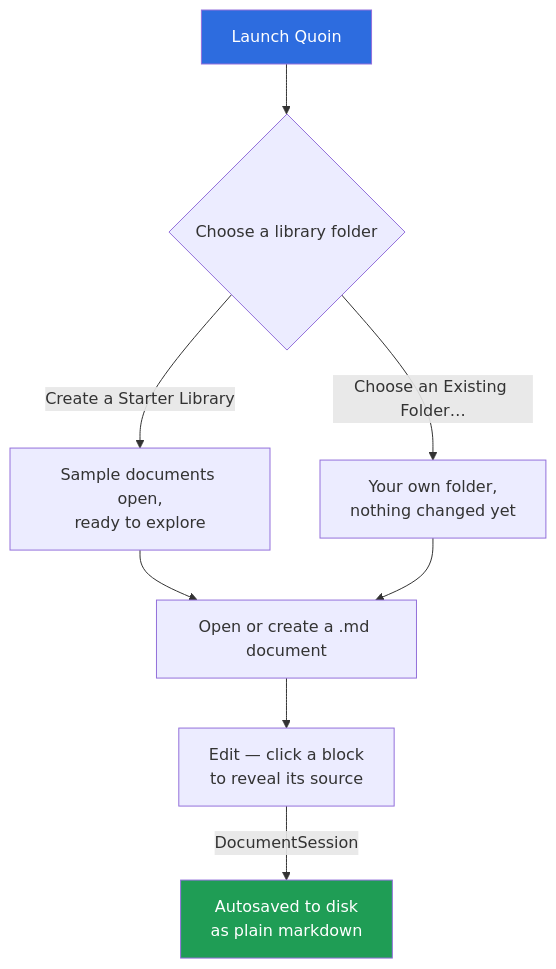
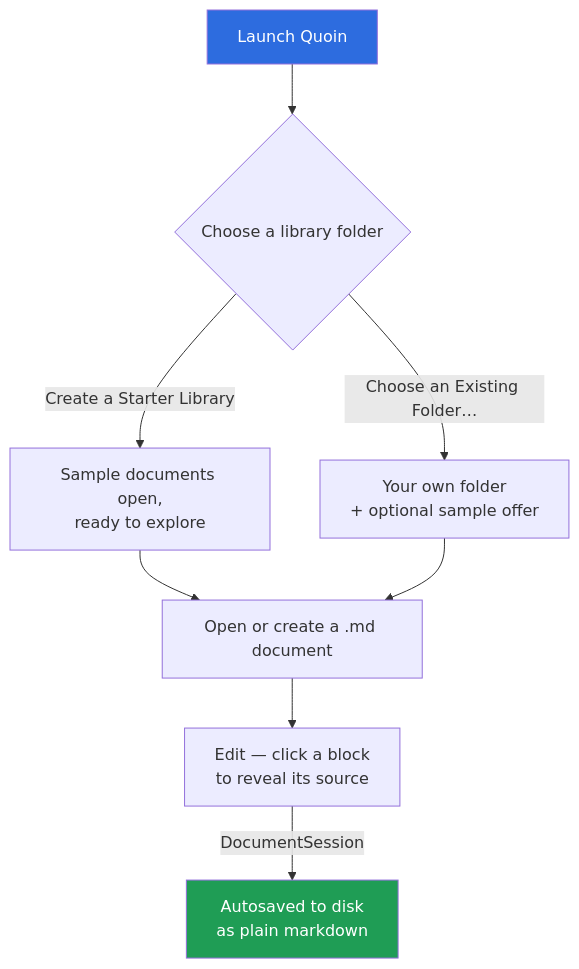
One commit to 2389-research/Quoin changed the second of 5 diagrams in docs/guide/getting-started.md. Above: the diagram before and after it, drawn with Mermaid. The commit also changed other lines of this file and 14 other files, not shown here.

First line of the commit message:
Add first-run sample offer + Help/command discovery (#13)

````diff
--- a/docs/guide/getting-started.md
+++ b/docs/guide/getting-started.md
@@ -48,12 +48,12 @@
 ```mermaid
 flowchart TD
     Launch["Launch Quoin"] --> Choose{"Choose a library folder"}
     Choose -->|"Create a Starter Library"| Starter["Sample documents open,<br/>ready to explore"]
-    Choose -->|"Choose an Existing Folder…"| Existing["Your own folder,<br/>nothing changed yet"]
+    Choose -->|"Choose an Existing Folder…"| Existing["Your own folder<br/>+ optional sample offer"]
     Starter --> Open["Open or create a .md document"]
     Existing --> Open
     Open --> Edit["Edit — click a block<br/>to reveal its source"]
     Edit -->|DocumentSession| Save["Autosaved to disk<br/>as plain markdown"]
     style Launch fill:#2d6cdf,color:#fff
     style Save fill:#1f9d55,color:#fff
 ```
````
